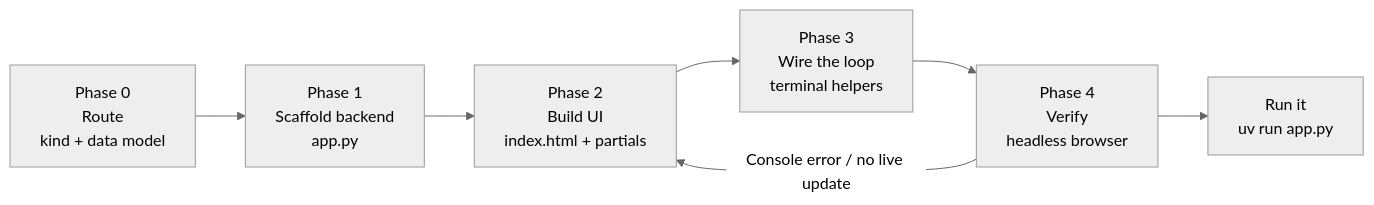
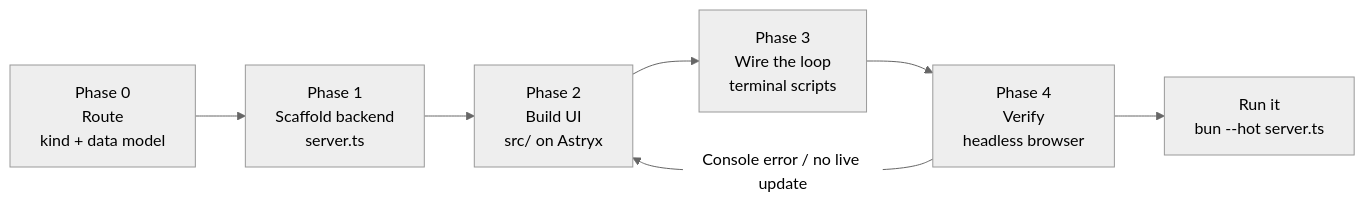
Before and after one commit to theagenticguy/agentic-plugins: the diagram in plugins/agentic-skills/skills/workbench-builder/SKILL.md, drawn with Mermaid (neutral theme). The commit also changed other lines of this file and 161 other files, not shown here.

First line of the commit message:
feat(agentic-skills)!: workbench-builder rewrite on Bun + React 19 + Astryx

````diff
--- a/plugins/agentic-skills/skills/workbench-builder/SKILL.md
+++ b/plugins/agentic-skills/skills/workbench-builder/SKILL.md
@@ -49,9 +77,9 @@
 ```mermaid
 flowchart LR
-    A[Phase 0<br/>Route<br/>kind + data model] --> B[Phase 1<br/>Scaffold backend<br/>app.py]
-    B --> C[Phase 2<br/>Build UI<br/>index.html + partials]
-    C --> D[Phase 3<br/>Wire the loop<br/>terminal helpers]
+    A[Phase 0<br/>Route<br/>kind + data model] --> B[Phase 1<br/>Scaffold backend<br/>server.ts]
+    B --> C[Phase 2<br/>Build UI<br/>src/ on Astryx]
+    C --> D[Phase 3<br/>Wire the loop<br/>terminal scripts]
     D --> E[Phase 4<br/>Verify<br/>headless browser]
     E --> |Console error / no live update| C
-    E --> F[Run it<br/>uv run app.py]
+    E --> F[Run it<br/>bun --hot server.ts]
 ```
````
